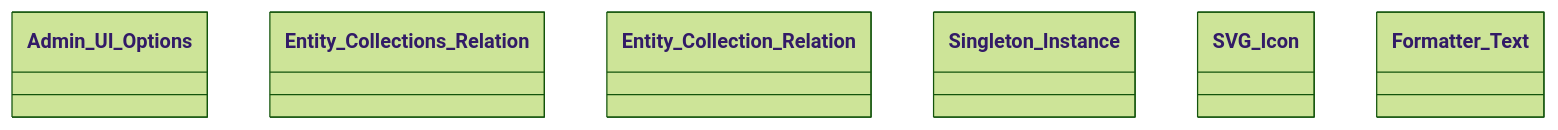
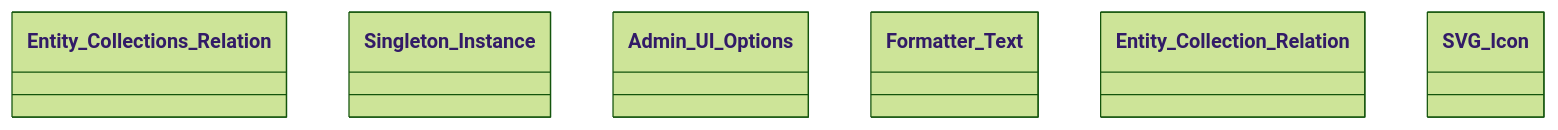
Before and after one commit to tainacan/tainacan: diagram 13 of 13 in docs/phpdoc/Home.md, drawn with Mermaid (forest theme). The commit also changed other lines of this file and 62 other files, not shown here.

````diff
--- a/docs/phpdoc/Home.md
+++ b/docs/phpdoc/Home.md
@@ -762,10 +763,10 @@
 ```mermaid
 classDiagram
     direction TB
+    class Entity_Collections_Relation { }
+    class Singleton_Instance { }
     class Admin_UI_Options { }
-    class Entity_Collections_Relation { }
+    class Formatter_Text { }
     class Entity_Collection_Relation { }
-    class Singleton_Instance { }
     class SVG_Icon { }
-    class Formatter_Text { }
 ```
````
